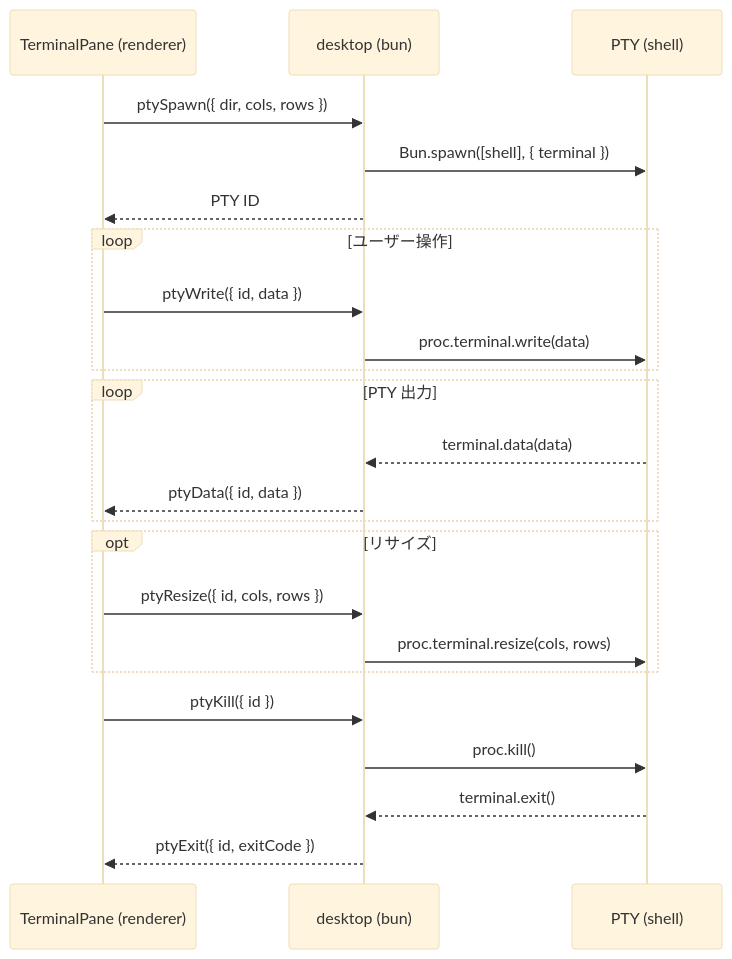
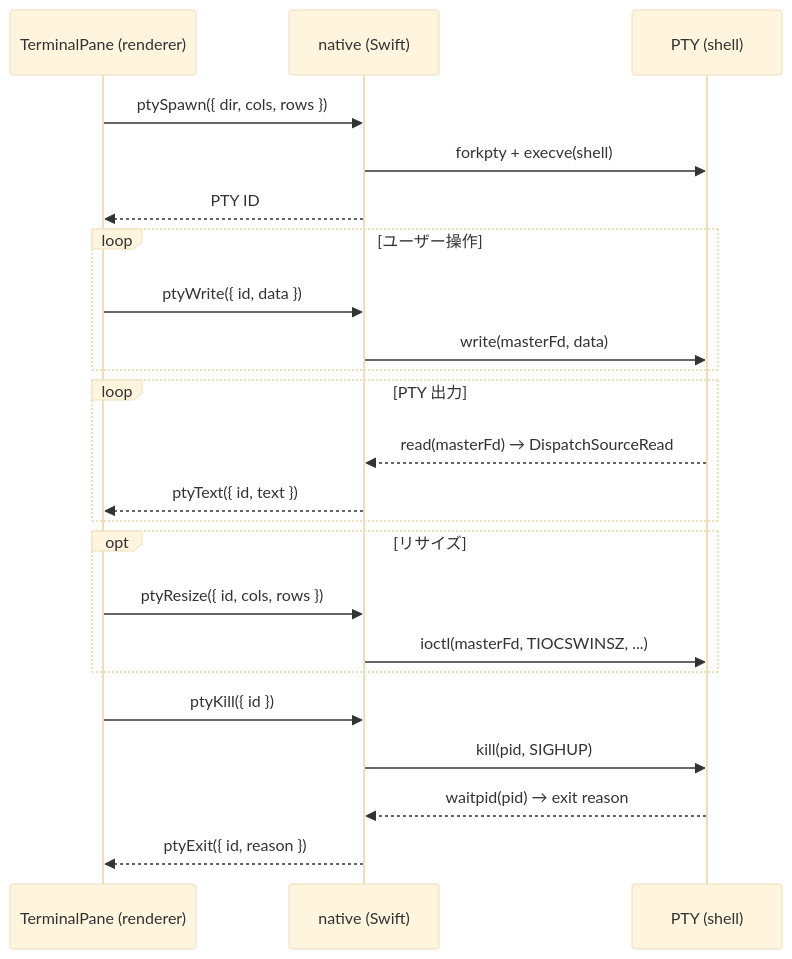
One commit to miyaoka/gozd changed the diagram in docs/terminal.md. Above: the diagram before and after it, drawn with Mermaid (base theme). The commit also changed other lines of this file and 7 other files, not shown here.

First line of the commit message:
docs: sync CLAUDE.md and docs/ with SwiftUI single-window multi-repo architecture

````diff
--- a/docs/terminal.md
+++ b/docs/terminal.md
@@ -26,30 +26,30 @@
 ```mermaid
 sequenceDiagram
     participant R as TerminalPane (renderer)
-    participant D as desktop (bun)
+    participant N as native (Swift)
     participant P as PTY (shell)
 
-    R->>D: ptySpawn({ dir, cols, rows })
-    D->>P: Bun.spawn([shell], { terminal })
-    D-->>R: PTY ID
+    R->>N: ptySpawn({ dir, cols, rows })
+    N->>P: forkpty + execve(shell)
+    N-->>R: PTY ID
 
     loop ユーザー操作
-        R->>D: ptyWrite({ id, data })
-        D->>P: proc.terminal.write(data)
+        R->>N: ptyWrite({ id, data })
+        N->>P: write(masterFd, data)
     end
 
     loop PTY 出力
-        P-->>D: terminal.data(data)
-        D-->>R: ptyData({ id, data })
+        P-->>N: read(masterFd) → DispatchSourceRead
+        N-->>R: ptyText({ id, text })
     end
 
     opt リサイズ
-        R->>D: ptyResize({ id, cols, rows })
-        D->>P: proc.terminal.resize(cols, rows)
+        R->>N: ptyResize({ id, cols, rows })
+        N->>P: ioctl(masterFd, TIOCSWINSZ, ...)
     end
 
-    R->>D: ptyKill({ id })
-    D->>P: proc.kill()
-    P-->>D: terminal.exit()
-    D-->>R: ptyExit({ id, exitCode })
+    R->>N: ptyKill({ id })
+    N->>P: kill(pid, SIGHUP)
+    P-->>N: waitpid(pid) → exit reason
+    N-->>R: ptyExit({ id, reason })
 ```
````
